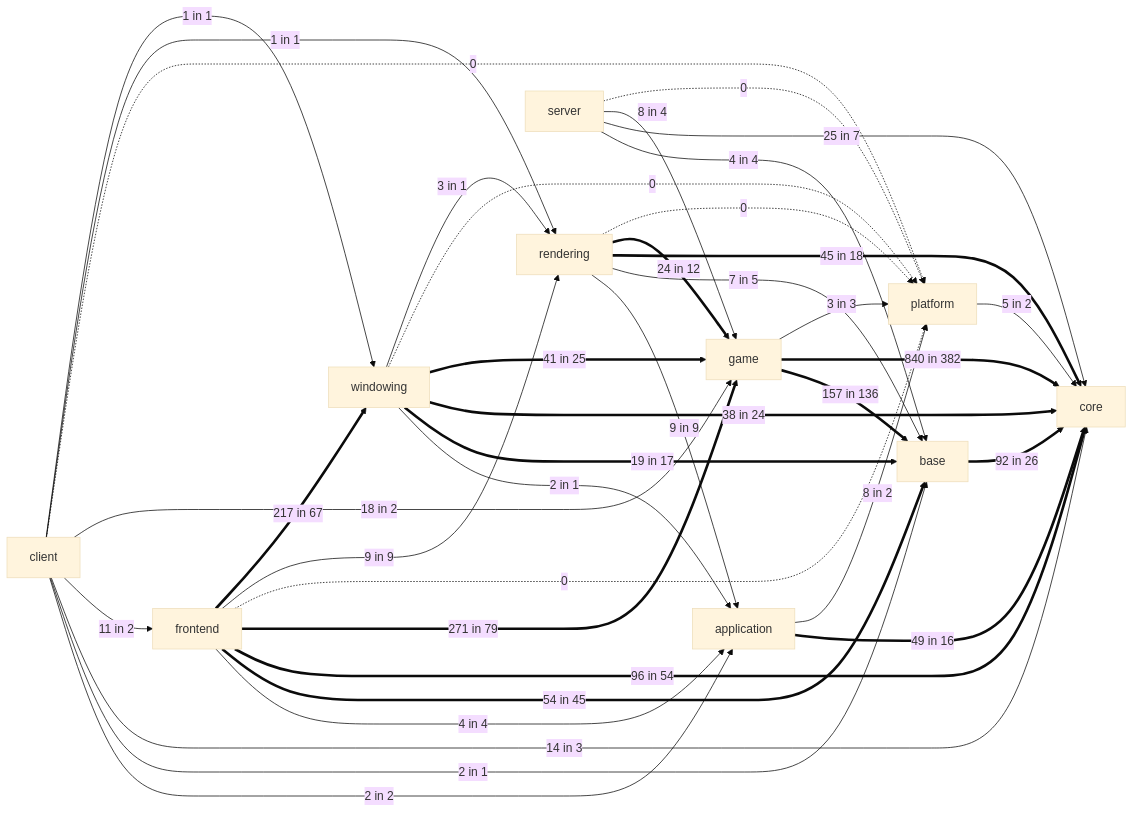
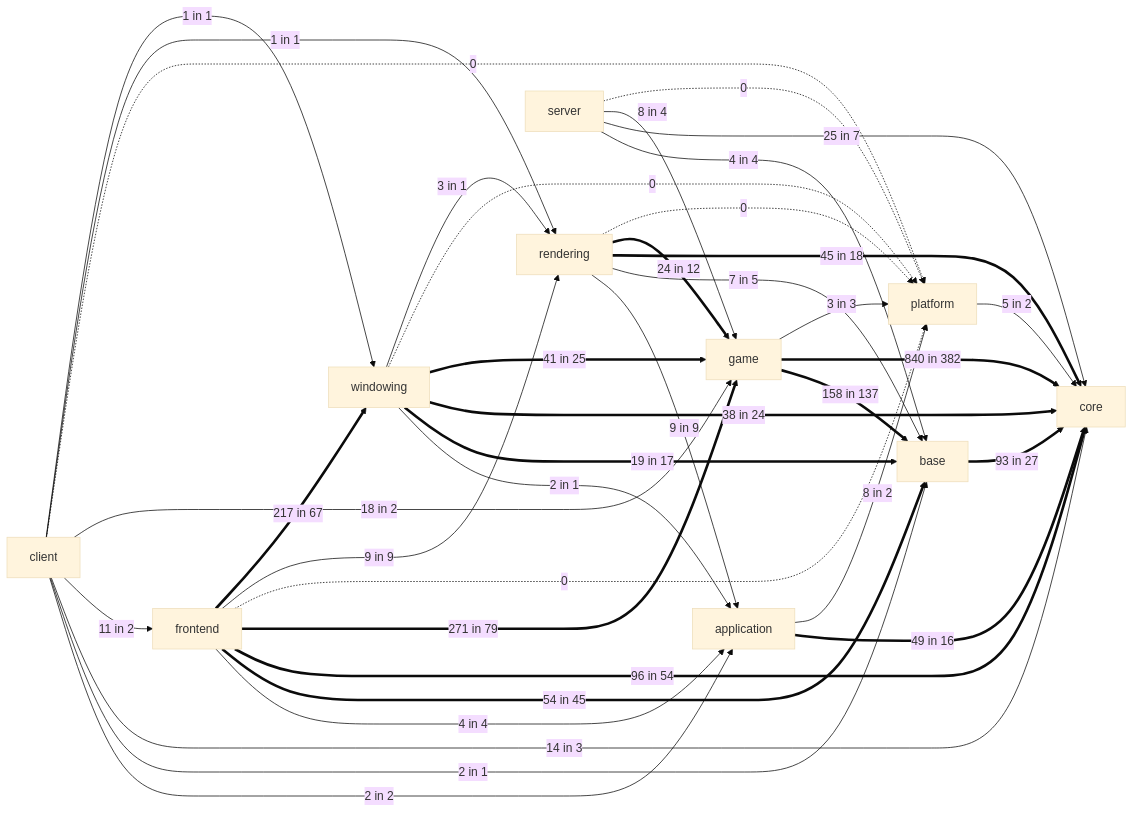
The fifth of 11 diagrams in docs/architecture/system-boundaries.md (apnex/OpenStarbound), drawn with Mermaid (base theme) before and after one commit. The commit also changed other lines of this file and 4 other files, not shown here.

````diff
--- a/docs/architecture/system-boundaries.md
+++ b/docs/architecture/system-boundaries.md
@@ -394,40 +394,40 @@
 ```mermaid
 flowchart LR
-  base ==>|92 in 26| core
+  base ==>|93 in 27| core
   platform -->|5 in 2| core
   application ==>|49 in 16| core
   application -->|8 in 2| platform
-  game ==>|157 in 136| base
+  game ==>|158 in 137| base
   game ==>|840 in 382| core
   game -->|3 in 3| platform
   rendering -->|9 in 9| application
   rendering -->|7 in 5| base
   rendering ==>|45 in 18| core
   rendering ==>|24 in 12| game
   rendering -.->|0| platform
   windowing -->|2 in 1| application
   windowing ==>|19 in 17| base
   windowing ==>|38 in 24| core
   windowing ==>|41 in 25| game
   windowing -.->|0| platform
   windowing -->|3 in 1| rendering
   frontend -->|4 in 4| application
   frontend ==>|54 in 45| base
   frontend ==>|96 in 54| core
   frontend ==>|271 in 79| game
   frontend -.->|0| platform
   frontend -->|9 in 9| rendering
   frontend ==>|217 in 67| windowing
   client -->|2 in 2| application
   client -->|2 in 1| base
   client -->|14 in 3| core
   client -->|11 in 2| frontend
   client -->|18 in 2| game
   client -.->|0| platform
   client -->|1 in 1| rendering
   client -->|1 in 1| windowing
   server -->|4 in 4| base
   server -->|25 in 7| core
   server -->|8 in 4| game
   server -.->|0| platform
 ```
````
